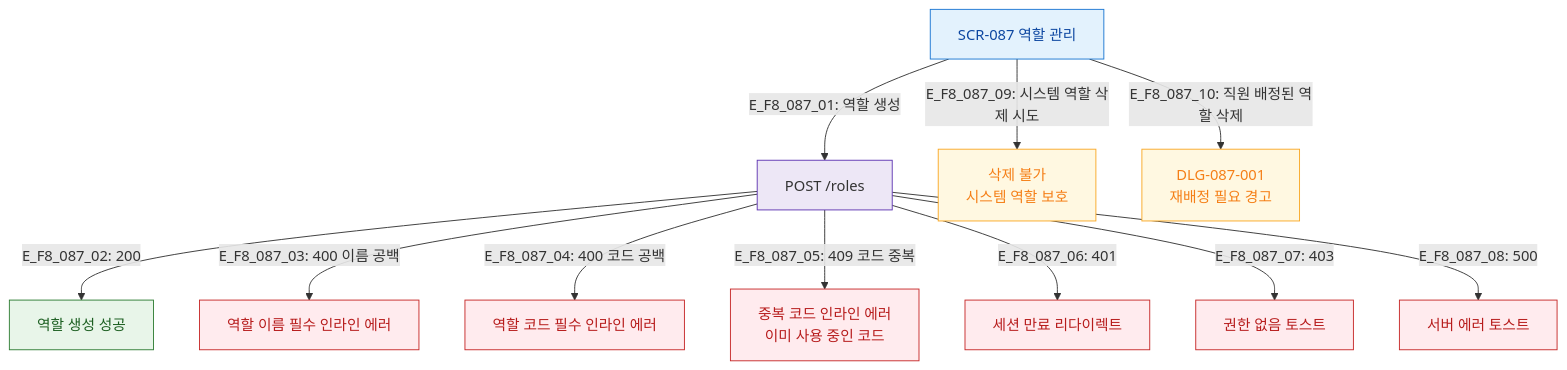
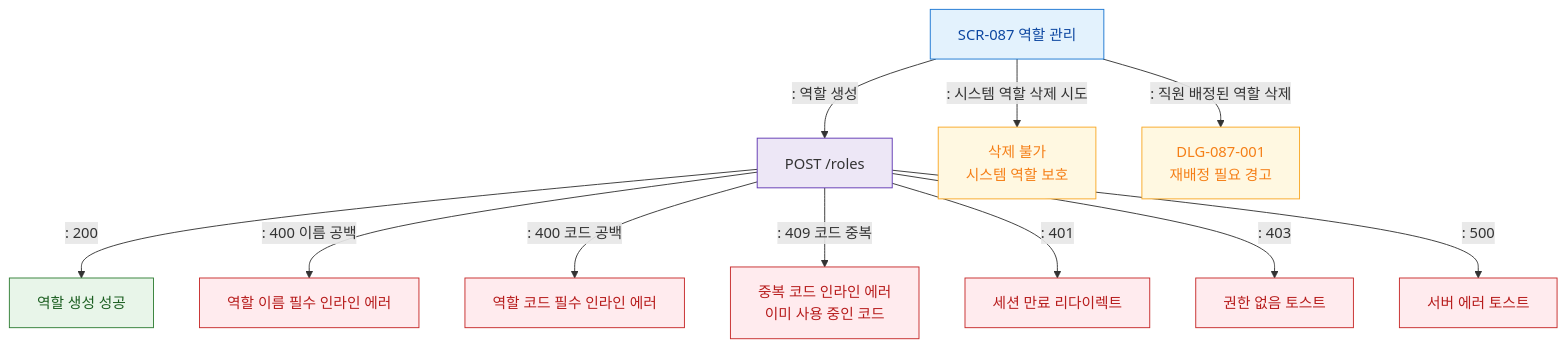
The diagram in docs/다이어그램/D09_설정관리/SCR-087_커스텀역할생성/F8_에러예외복구.md (dev-spogym/admin-pando), drawn with Mermaid before and after one commit. The commit also changed other lines of this file and 1660 other files, not shown here.

First line of the commit message:
다이어그램: 기획자/클라이언트 납품본으로 정리

````diff
--- a/docs/다이어그램/D09_설정관리/SCR-087_커스텀역할생성/F8_에러예외복구.md
+++ b/docs/다이어그램/D09_설정관리/SCR-087_커스텀역할생성/F8_에러예외복구.md
@@ -14,27 +12,27 @@
 ```mermaid
 flowchart TD
     SCR087[SCR-087 역할 관리]
 
-    SCR087 -->|"E_F8_087_01: 역할 생성"| CreateReq[POST /roles]
-    CreateReq -->|"E_F8_087_02: 200"| CreateOK[역할 생성 성공]
-    CreateReq -->|"E_F8_087_03: 400 이름 공백"| E_Name[역할 이름 필수 인라인 에러]
-    CreateReq -->|"E_F8_087_04: 400 코드 공백"| E_Code[역할 코드 필수 인라인 에러]
-    CreateReq -->|"E_F8_087_05: 409 코드 중복"| E_DupCode[중복 코드 인라인 에러\n이미 사용 중인 코드]
-    CreateReq -->|"E_F8_087_06: 401"| E_Auth[세션 만료 리다이렉트]
-    CreateReq -->|"E_F8_087_07: 403"| E_Perm[권한 없음 토스트]
-    CreateReq -->|"E_F8_087_08: 500"| E_Server[서버 에러 토스트]
+    SCR087 -->|": 역할 생성"|CreateReq[POST /roles]
+    CreateReq -->|": 200"|CreateOK[역할 생성 성공]
+    CreateReq -->|": 400 이름 공백"|E_Name[역할 이름 필수 인라인 에러]
+    CreateReq -->|": 400 코드 공백"|E_Code[역할 코드 필수 인라인 에러]
+    CreateReq -->|": 409 코드 중복"|E_DupCode[중복 코드 인라인 에러\n이미 사용 중인 코드]
+    CreateReq -->|": 401"|E_Auth[세션 만료 리다이렉트]
+    CreateReq -->|": 403"|E_Perm[권한 없음 토스트]
+    CreateReq -->|": 500"|E_Server[서버 에러 토스트]
 
-    SCR087 -->|"E_F8_087_09: 시스템 역할 삭제 시도"| E_SysDelete[삭제 불가\n시스템 역할 보호]
-    SCR087 -->|"E_F8_087_10: 직원 배정된 역할 삭제"| E_StaffAssigned[DLG-087-001\n재배정 필요 경고]
+    SCR087 -->|": 시스템 역할 삭제 시도"|E_SysDelete[삭제 불가\n시스템 역할 보호]
+    SCR087 -->|": 직원 배정된 역할 삭제"|E_StaffAssigned[DLG-087-001\n재배정 필요 경고]
 
     classDef screen fill:#E3F2FD,stroke:#1976D2,color:#0D47A1
     classDef error fill:#FFEBEE,stroke:#C62828,color:#B71C1C
     classDef success fill:#E8F5E9,stroke:#2E7D32,color:#1B5E20
     classDef warning fill:#FFF8E1,stroke:#F9A825,color:#F57F17
     classDef system fill:#EDE7F6,stroke:#5E35B2
     class SCR087 screen
     class CreateOK success
     class E_StaffAssigned,E_SysDelete warning
     class E_Name,E_Code,E_DupCode,E_Auth,E_Perm,E_Server error
     class CreateReq system
 ```
````
